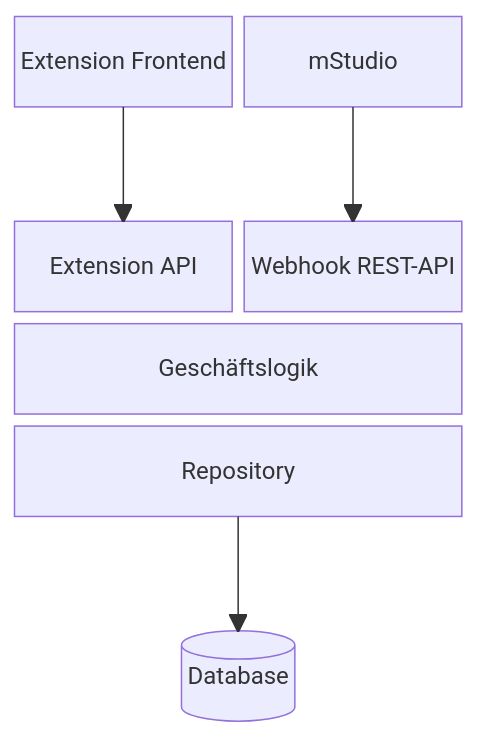
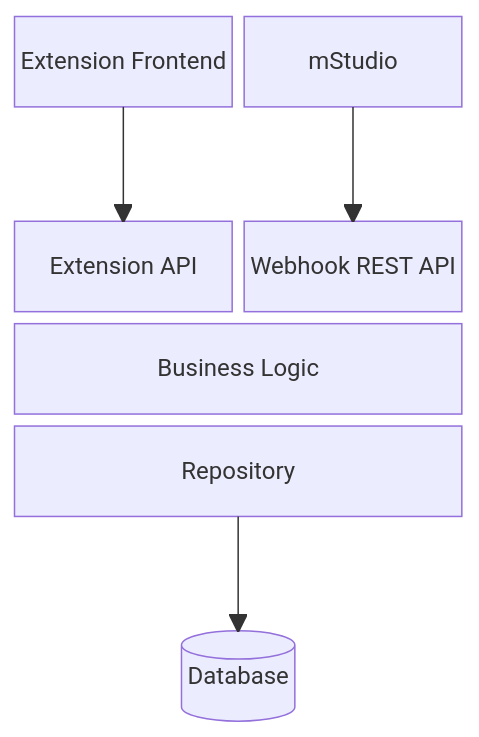
One commit to mittwald/developer-portal changed the second of 4 diagrams in docs/contribution/3-overview/2-architecture.mdx. Above: the diagram before and after it, drawn with Mermaid. The commit also changed other lines of this file, not shown here.

Commit message:
prototypical architecture of an extension

````diff
--- a/docs/contribution/3-overview/2-architecture.mdx
+++ b/docs/contribution/3-overview/2-architecture.mdx
@@ -58,17 +58,17 @@
 ```mermaid
 block-beta
   columns 2
   frontend["Extension Frontend"]
   mstudio["mStudio"]
   space:2
-  businessapi["Extension API"] webhooks["Webhook REST-API"]
+  businessapi["Extension API"] webhooks["Webhook REST API"]
 
-  business["Geschäftslogik"]:2
+  business["Business Logic"]:2
   model["Repository"]:2
   space:2
   database[("Database")]:2
 
   frontend-->businessapi
   mstudio-->webhooks
   model-->database
 ```
````
